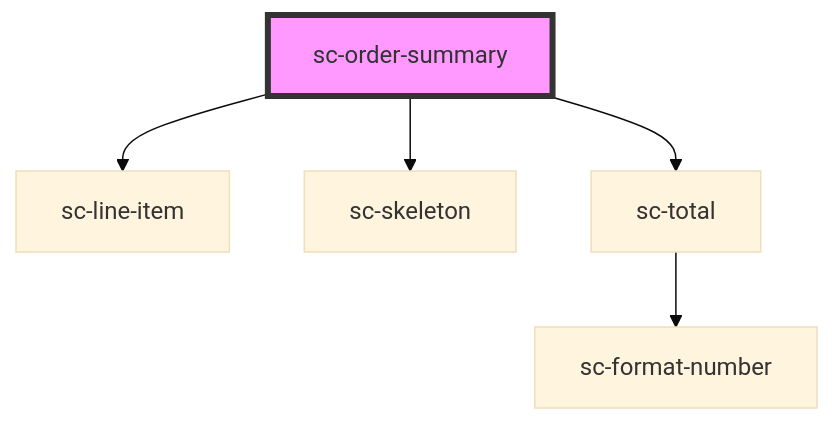
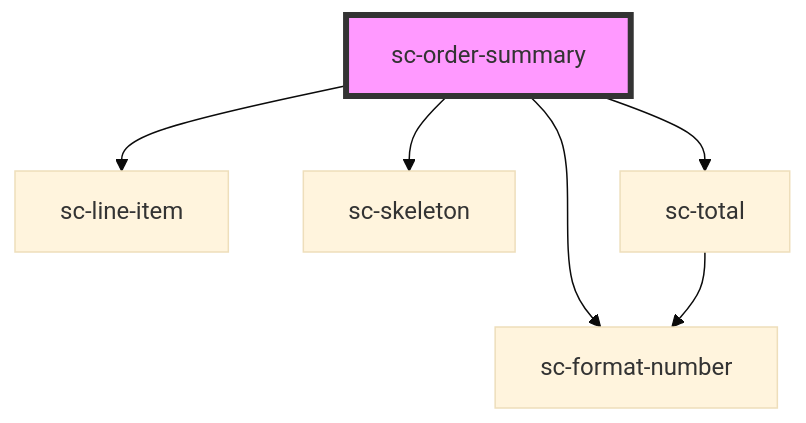
One commit to surecart/surecart-wp-plugin changed the diagram in packages/components/src/components/controllers/checkout-form/order-summary/readme.md. Above: the diagram before and after it, drawn with Mermaid (base theme). The commit also changed other lines of this file and 10 other files, not shown here.

````diff
--- a/packages/components/src/components/controllers/checkout-form/order-summary/readme.md
+++ b/packages/components/src/components/controllers/checkout-form/order-summary/readme.md
@@ -38,8 +39,9 @@
 ```mermaid
 graph TD;
   sc-order-summary --> sc-line-item
   sc-order-summary --> sc-skeleton
+  sc-order-summary --> sc-format-number
   sc-order-summary --> sc-total
   sc-total --> sc-format-number
   style sc-order-summary fill:#f9f,stroke:#333,stroke-width:4px
 ```
````
